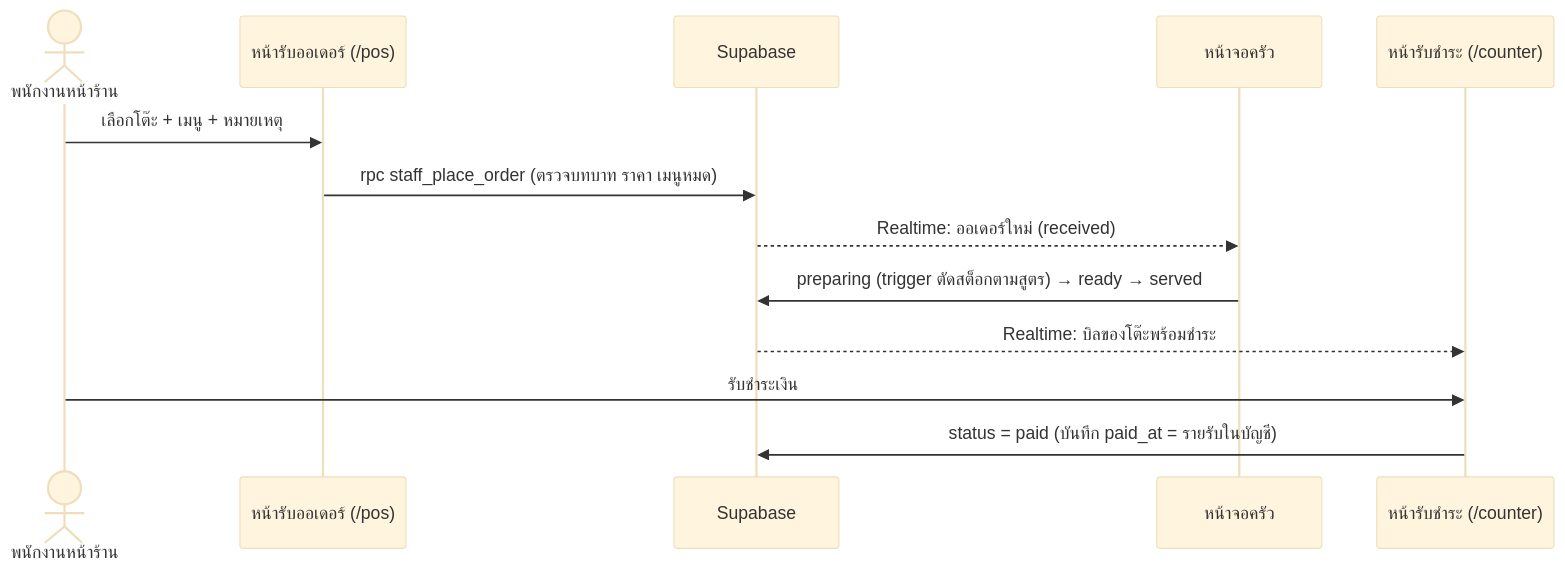
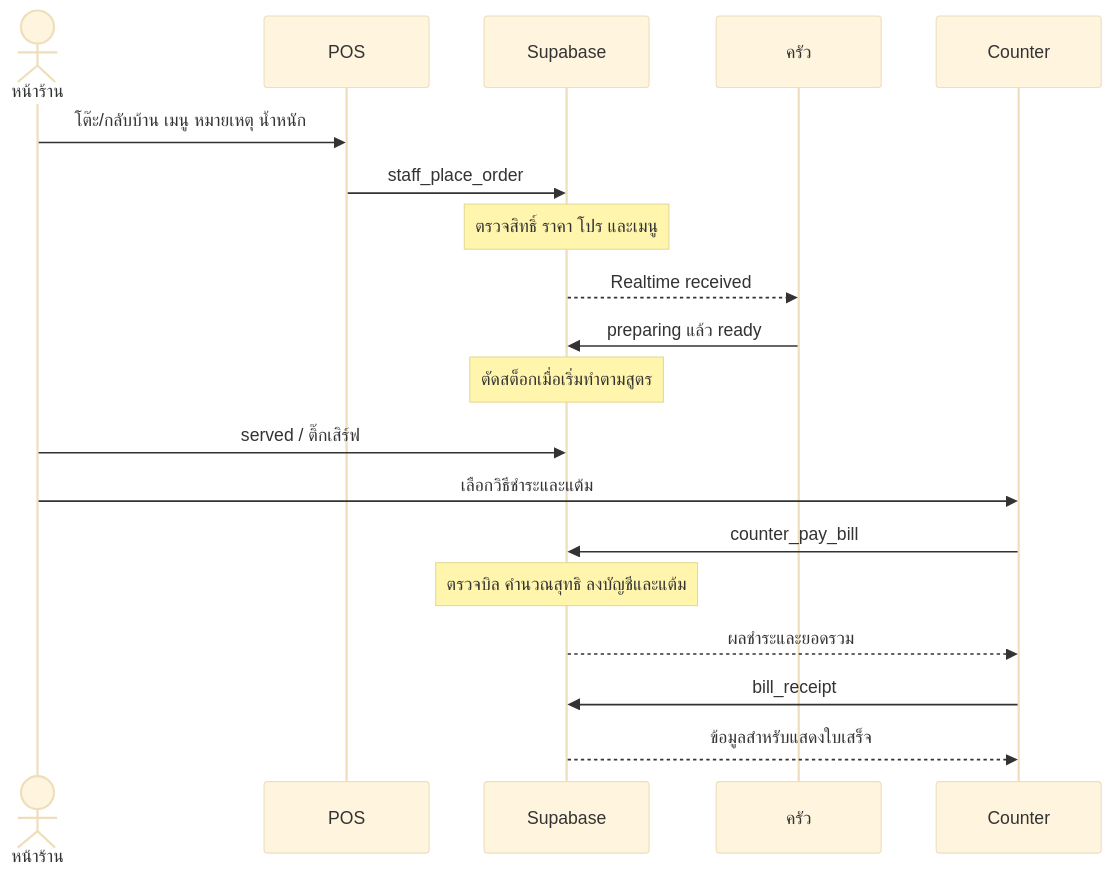
The third of 3 diagrams in docs/analysis-design.md (Nol2way/foodflow), drawn with Mermaid (base theme) before and after one commit. The commit also changed other lines of this file and 21 other files, not shown here.

````diff
--- a/docs/analysis-design.md
+++ b/docs/analysis-design.md
@@ -105,16 +57,21 @@
 ```mermaid
 sequenceDiagram
-    actor Staff as พนักงานหน้าร้าน
-    participant POS as หน้ารับออเดอร์ (/pos)
-    participant DB as Supabase
-    participant KDS as หน้าจอครัว
-    participant CT as หน้ารับชำระ (/counter)
-
-    Staff->>POS: เลือกโต๊ะ + เมนู + หมายเหตุ
-    POS->>DB: rpc staff_place_order (ตรวจบทบาท ราคา เมนูหมด)
-    DB-->>KDS: Realtime: ออเดอร์ใหม่ (received)
-    KDS->>DB: preparing (trigger ตัดสต็อกตามสูตร) → ready → served
-    DB-->>CT: Realtime: บิลของโต๊ะพร้อมชำระ
-    Staff->>CT: รับชำระเงิน
-    CT->>DB: status = paid (บันทึก paid_at = รายรับในบัญชี)
+  actor Staff as หน้าร้าน
+  participant POS as POS
+  participant DB as Supabase
+  participant KDS as ครัว
+  participant CT as Counter
+  Staff->>POS: โต๊ะ/กลับบ้าน เมนู หมายเหตุ น้ำหนัก
+  POS->>DB: staff_place_order
+  Note over DB: ตรวจสิทธิ์ ราคา โปร และเมนู
+  DB-->>KDS: Realtime received
+  KDS->>DB: preparing แล้ว ready
+  Note over DB: ตัดสต็อกเมื่อเริ่มทำตามสูตร
+  Staff->>DB: served / ติ๊กเสิร์ฟ
+  Staff->>CT: เลือกวิธีชำระและแต้ม
+  CT->>DB: counter_pay_bill
+  Note over DB: ตรวจบิล คำนวณสุทธิ ลงบัญชีและแต้ม
+  DB-->>CT: ผลชำระและยอดรวม
+  CT->>DB: bill_receipt
+  DB-->>CT: ข้อมูลสำหรับแสดงใบเสร็จ
 ```
````
